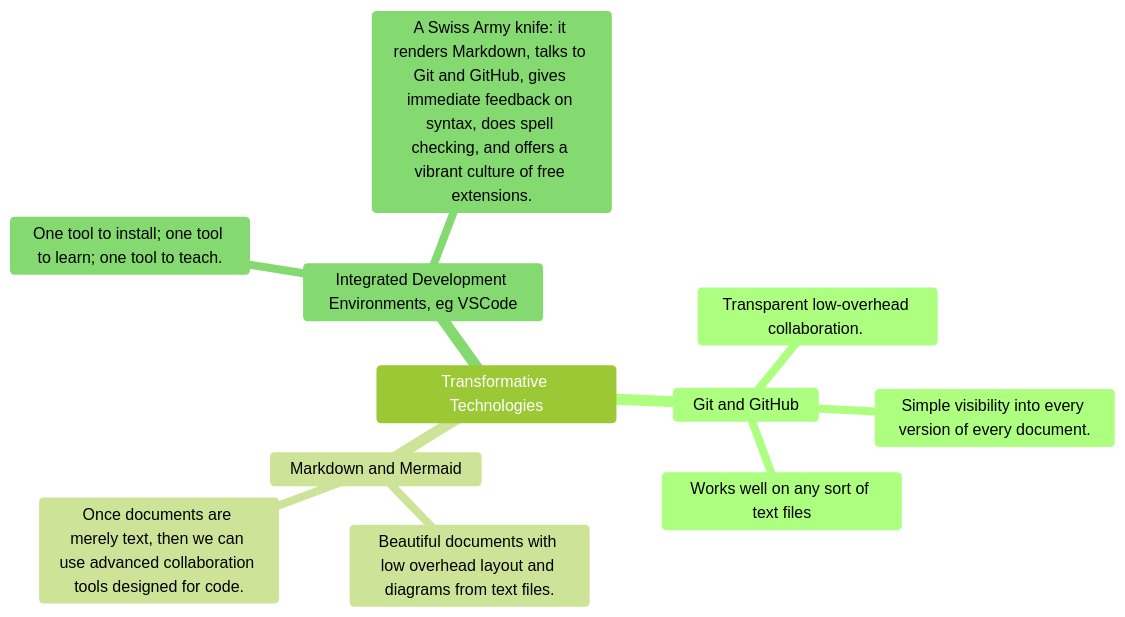
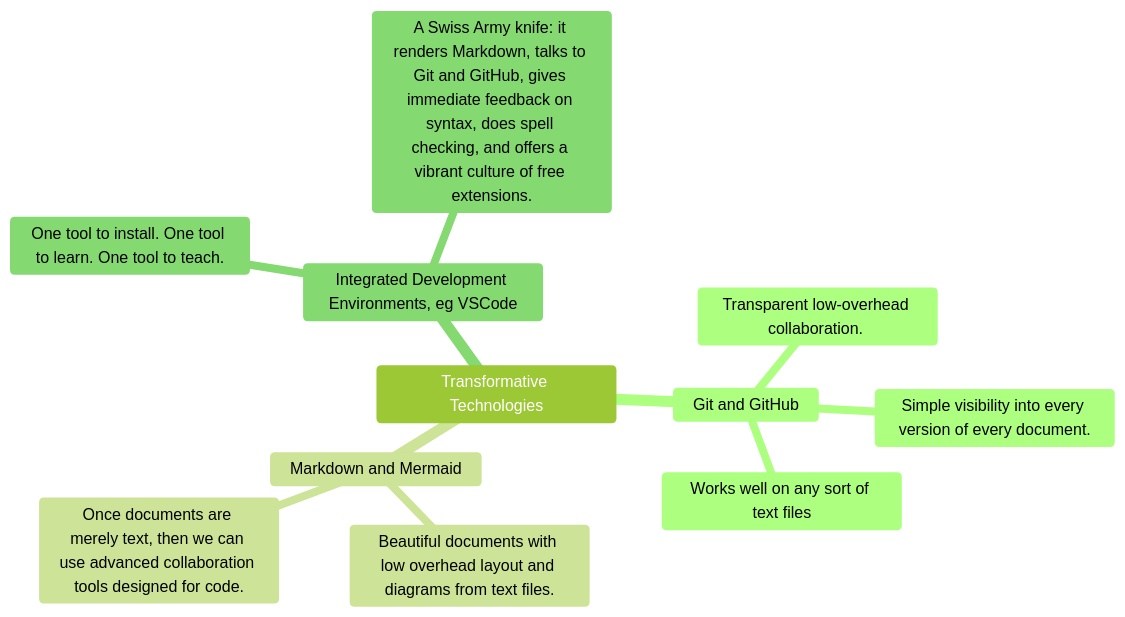
The second of 4 diagrams in README.md (marshallflax/vision), drawn with Mermaid before and after one commit.

Commit message:
Let's try without semicolons

````diff
--- a/README.md
+++ b/README.md
@@ -36,16 +36,17 @@
 ```mermaid
 %%{init:{'theme':'forest'}}%%
 
 mindmap
  Transformative Technologies
   Git and GitHub
     Transparent low-overhead collaboration. 
     Simple visibility into every version of every document.
     Works well on any sort of text files
   Markdown and Mermaid
    Beautiful documents with low overhead layout and diagrams from text files.
    Once documents are merely text, then we can use advanced collaboration tools designed for code.
   Integrated Development Environments, eg VSCode
-   One tool to install; one tool to learn; one tool to teach.
+   One tool to install. One tool to learn. One tool to teach.
    A Swiss Army knife: it renders Markdown, talks to Git and GitHub, gives immediate feedback on syntax, does spell checking, and offers a vibrant culture of free extensions.
+
 ```
````
